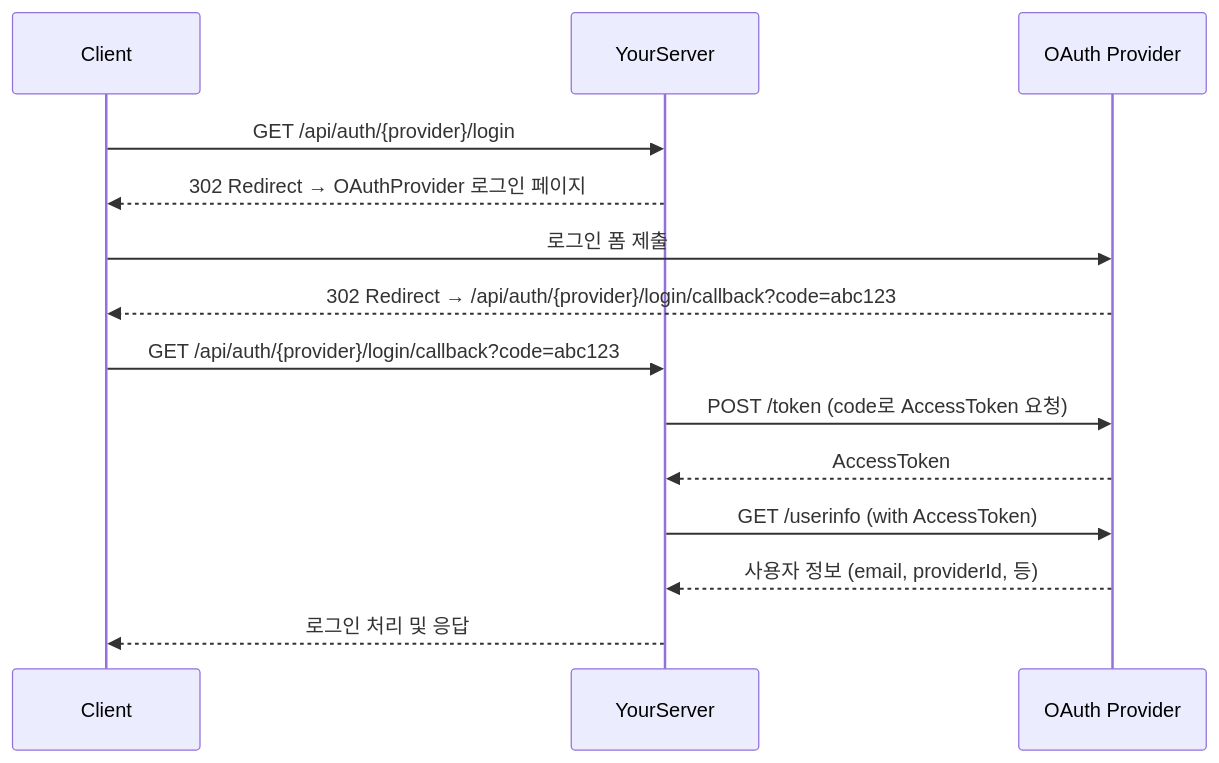
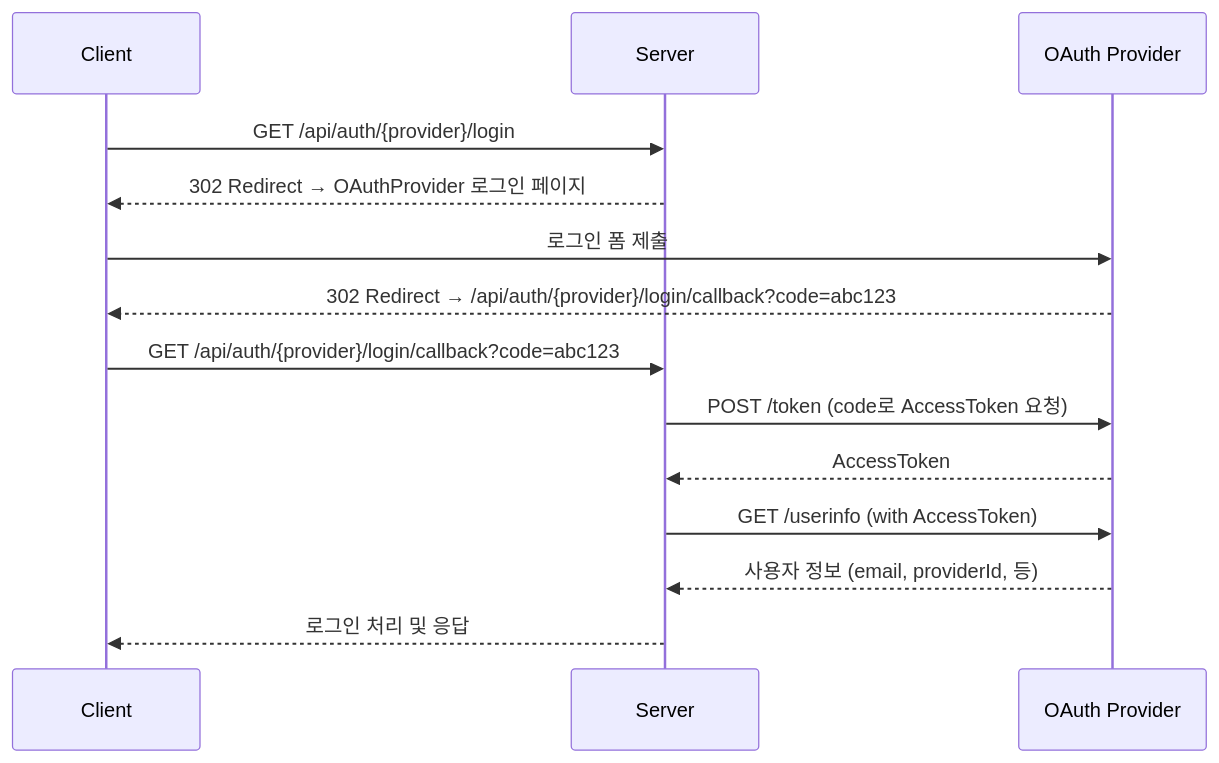
The second of 3 diagrams in README.md (Juungmini0601/my-oauht2), drawn with Mermaid before and after one commit.

````diff
--- a/README.md
+++ b/README.md
@@ -72,16 +72,16 @@
 ```mermaid
 sequenceDiagram
     participant Client
-    participant Server as YourServer
+    participant Server
     participant OAuthProvider as OAuth Provider
     Client ->> Server: GET /api/auth/{provider}/login
     Server -->> Client: 302 Redirect → OAuthProvider 로그인 페이지
     Client ->> OAuthProvider: 로그인 폼 제출
     OAuthProvider -->> Client: 302 Redirect → /api/auth/{provider}/login/callback?code=abc123
     Client ->> Server: GET /api/auth/{provider}/login/callback?code=abc123
     Server ->> OAuthProvider: POST /token (code로 AccessToken 요청)
     OAuthProvider -->> Server: AccessToken
     Server ->> OAuthProvider: GET /userinfo (with AccessToken)
     OAuthProvider -->> Server: 사용자 정보 (email, providerId, 등)
     Server -->> Client: 로그인 처리 및 응답
 ```
````
